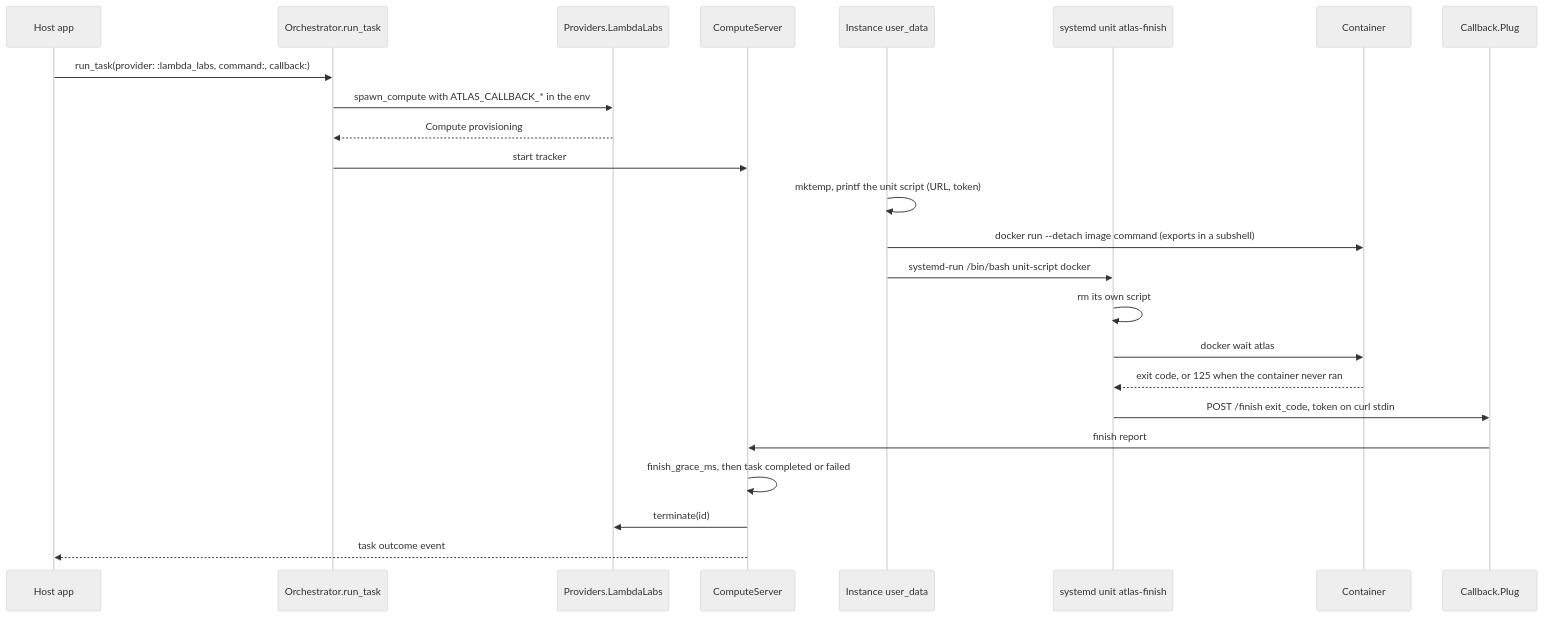
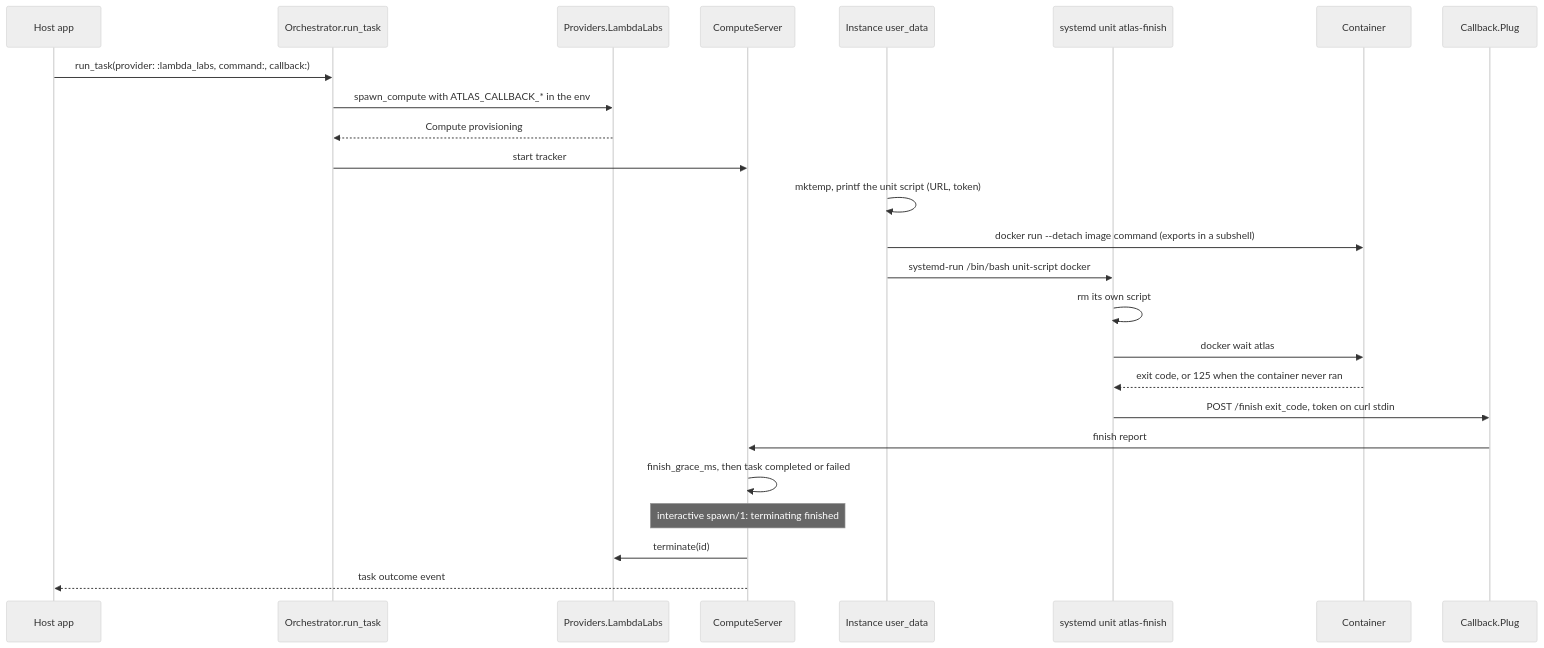
Before and after one commit to udin-io/ex_atlas: the fourth of 5 diagrams in docs/architecture.md, drawn with Mermaid (neutral theme). The commit also changed other lines of this file and 13 other files, not shown here.

````diff
--- a/docs/architecture.md
+++ b/docs/architecture.md
@@ -193,26 +199,27 @@
 ```mermaid
 sequenceDiagram
   participant Host as Host app
   participant O as Orchestrator.run_task
   participant LL as Providers.LambdaLabs
   participant CS as ComputeServer
   participant VM as Instance user_data
   participant U as systemd unit atlas-finish
   participant C as Container
   participant CB as Callback.Plug
   Host->>O: run_task(provider: :lambda_labs, command:, callback:)
   O->>LL: spawn_compute with ATLAS_CALLBACK_* in the env
   LL-->>O: Compute provisioning
   O->>CS: start tracker
   VM->>VM: mktemp, printf the unit script (URL, token)
   VM->>C: docker run --detach image command (exports in a subshell)
   VM->>U: systemd-run /bin/bash unit-script docker
   U->>U: rm its own script
   U->>C: docker wait atlas
   C-->>U: exit code, or 125 when the container never ran
   U->>CB: POST /finish exit_code, token on curl stdin
   CB->>CS: finish report
   CS->>CS: finish_grace_ms, then task completed or failed
+  Note over CS: interactive spawn/1: terminating finished
   CS->>LL: terminate(id)
   CS-->>Host: task outcome event
 ```
````
